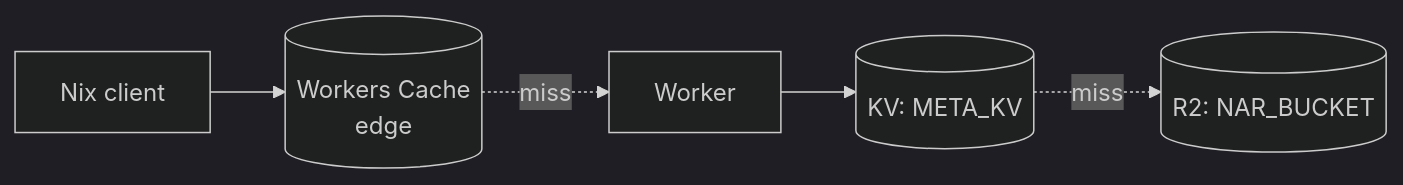
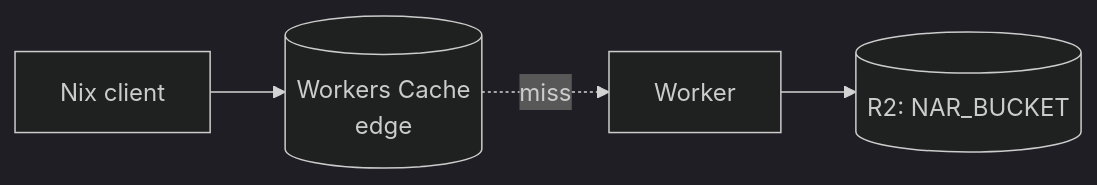
One commit to T4ko0522/cf-edgeNix changed the first of 4 diagrams in README.md. Above: the diagram before and after it, drawn with Mermaid (dark theme). The commit also changed other lines of this file and 27 other files, not shown here.

````diff
--- a/README.md
+++ b/README.md
@@ -117,7 +116,6 @@
 ```mermaid
 flowchart LR
     Client[Nix client] --> WC[(Workers Cache<br/>edge)]
     WC -. miss .-> W[Worker]
-    W --> KV[(KV: META_KV)]
-    KV -. miss .-> R2[(R2: NAR_BUCKET)]
+    W --> R2[(R2: NAR_BUCKET)]
 ```
````
